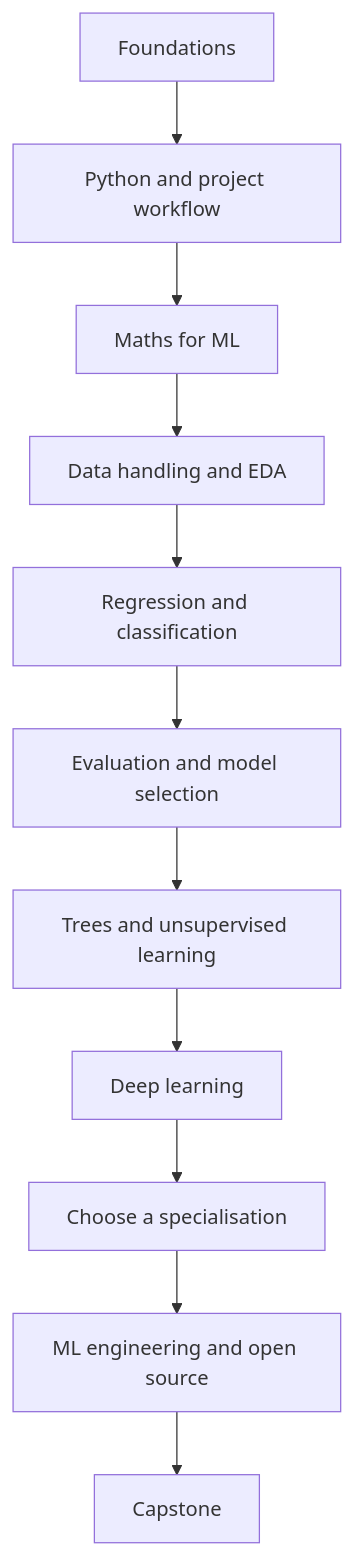
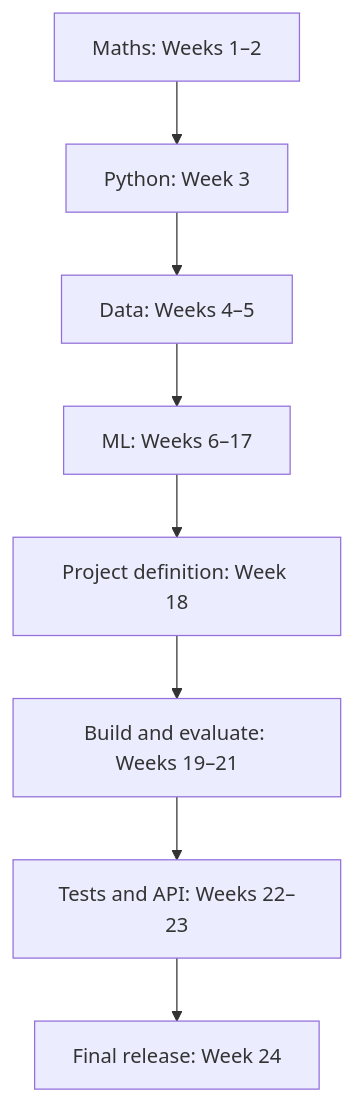
The diagram in ML notes doc/README.md (ADxSD-143/STUDY-docs), drawn with Mermaid before and after one commit. The commit also changed other lines of this file, not shown here.

Commit message:
Make ML README a complete learning-system navigation hub

````diff
--- a/ML notes doc/README.md
+++ b/ML notes doc/README.md
@@ -20,13 +15,10 @@
 ```mermaid
 flowchart TD
-    A[Foundations] --> B[Python and project workflow]
-    B --> C[Maths for ML]
-    C --> D[Data handling and EDA]
-    D --> E[Regression and classification]
-    E --> F[Evaluation and model selection]
-    F --> G[Trees and unsupervised learning]
-    G --> H[Deep learning]
-    H --> I[Choose a specialisation]
-    I --> J[ML engineering and open source]
-    J --> K[Capstone]
+    A[Maths: Weeks 1–2] --> B[Python: Week 3]
+    B --> C[Data: Weeks 4–5]
+    C --> D[ML: Weeks 6–17]
+    D --> E[Project definition: Week 18]
+    E --> F[Build and evaluate: Weeks 19–21]
+    F --> G[Tests and API: Weeks 22–23]
+    G --> H[Final release: Week 24]
 ```
````
